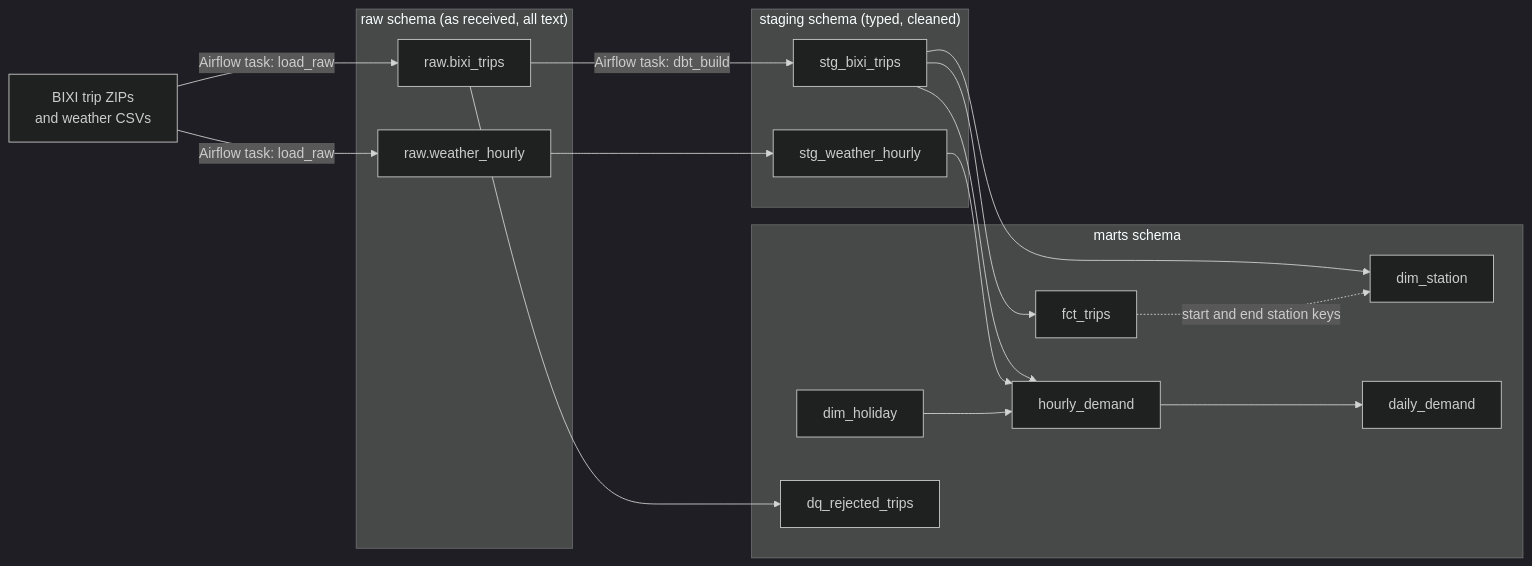
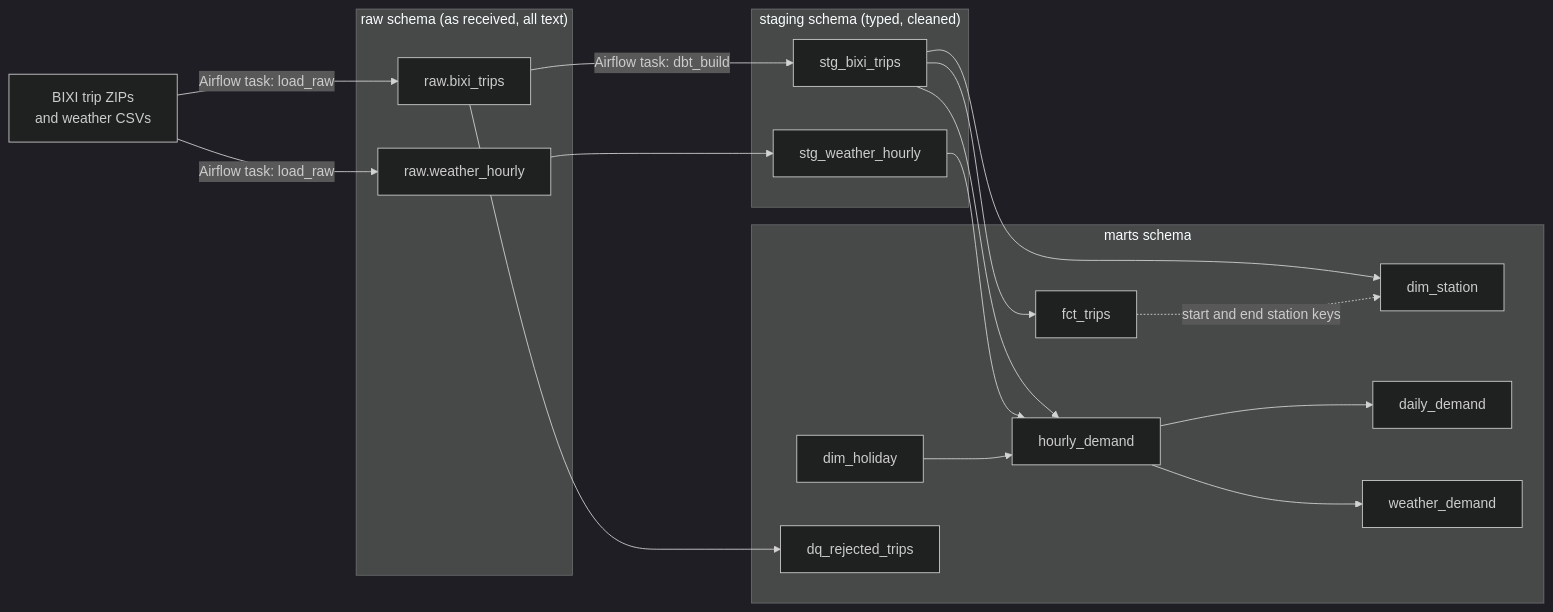
One commit to NadaAf25/bixi-data-platform changed the diagram in README.md. Above: the diagram before and after it, drawn with Mermaid (dark theme). The commit also changed other lines of this file and 1 other file, not shown here.

First line of the commit message:
Add weather_demand model

````diff
--- a/README.md
+++ b/README.md
@@ -9,36 +9,38 @@
 ```mermaid
 flowchart LR
     files["BIXI trip ZIPs<br/>and weather CSVs"]
 
     subgraph raw ["raw schema (as received, all text)"]
         raw_trips["raw.bixi_trips"]
         raw_weather["raw.weather_hourly"]
     end
 
     subgraph staging ["staging schema (typed, cleaned)"]
         stg_trips["stg_bixi_trips"]
         stg_weather["stg_weather_hourly"]
     end
 
     subgraph marts ["marts schema"]
         fct_trips["fct_trips"]
         dim_station["dim_station"]
         hourly["hourly_demand"]
         daily["daily_demand"]
+        weather_demand["weather_demand"]
         dim_holiday["dim_holiday"]
         dq["dq_rejected_trips"]
     end
 
     files -->|"Airflow task: load_raw"| raw_trips
     files -->|"Airflow task: load_raw"| raw_weather
     raw_trips -->|"Airflow task: dbt_build"| stg_trips
     raw_trips --> dq
     raw_weather --> stg_weather
     stg_trips --> fct_trips
     stg_trips --> dim_station
     stg_trips --> hourly
     stg_weather --> hourly
     dim_holiday --> hourly
     hourly --> daily
+    hourly --> weather_demand
     fct_trips -.->|"start and end station keys"| dim_station
 ```
````
